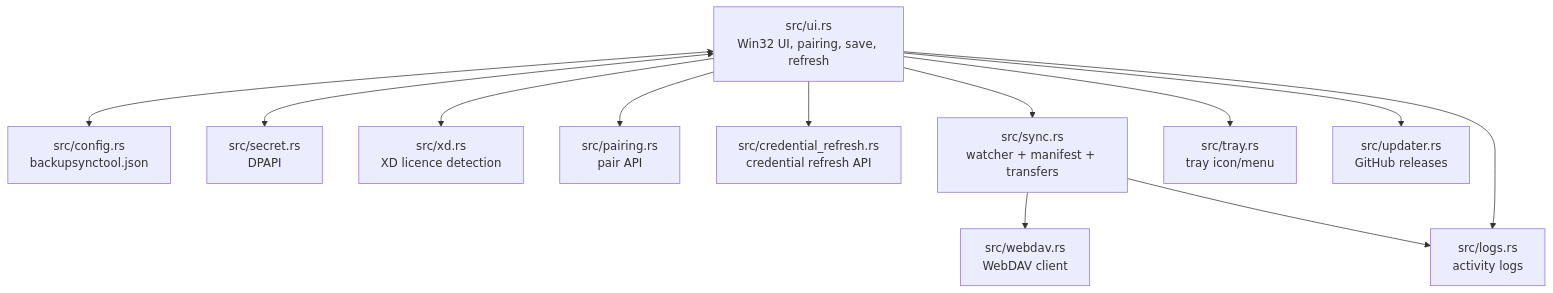
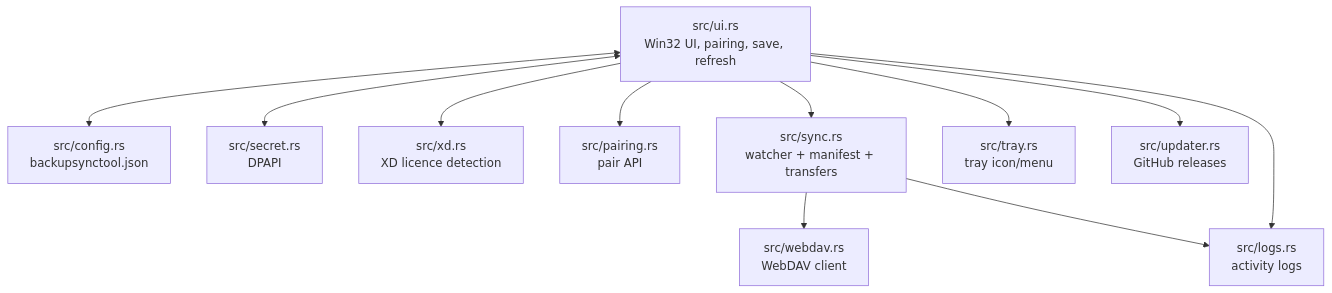
The first of 2 diagrams in README.md (ruibeard/backup-sync), drawn with Mermaid before and after one commit. The commit also changed other lines of this file and 6 other files, not shown here.

First line of the commit message:
Remove credential refresh logic and streamline authentication failure handling.

````diff
--- a/README.md
+++ b/README.md
@@ -63,26 +62,24 @@
 ```mermaid
 flowchart TD
     UI["src/ui.rs\nWin32 UI, pairing, save, refresh"]
     Config["src/config.rs\nbackupsynctool.json"]
     Secret["src/secret.rs\nDPAPI"]
     XD["src/xd.rs\nXD licence detection"]
     Pairing["src/pairing.rs\npair API"]
-    Refresh["src/credential_refresh.rs\ncredential refresh API"]
     Sync["src/sync.rs\nwatcher + manifest + transfers"]
     WebDAV["src/webdav.rs\nWebDAV client"]
     Tray["src/tray.rs\ntray icon/menu"]
     Updater["src/updater.rs\nGitHub releases"]
     Logs["src/logs.rs\nactivity logs"]
 
     UI <--> Config
     UI <--> Secret
     UI --> XD
     UI --> Pairing
-    UI --> Refresh
     UI --> Sync
     UI --> Tray
     UI --> Updater
     UI --> Logs
     Sync --> WebDAV
     Sync --> Logs
 ```
````
